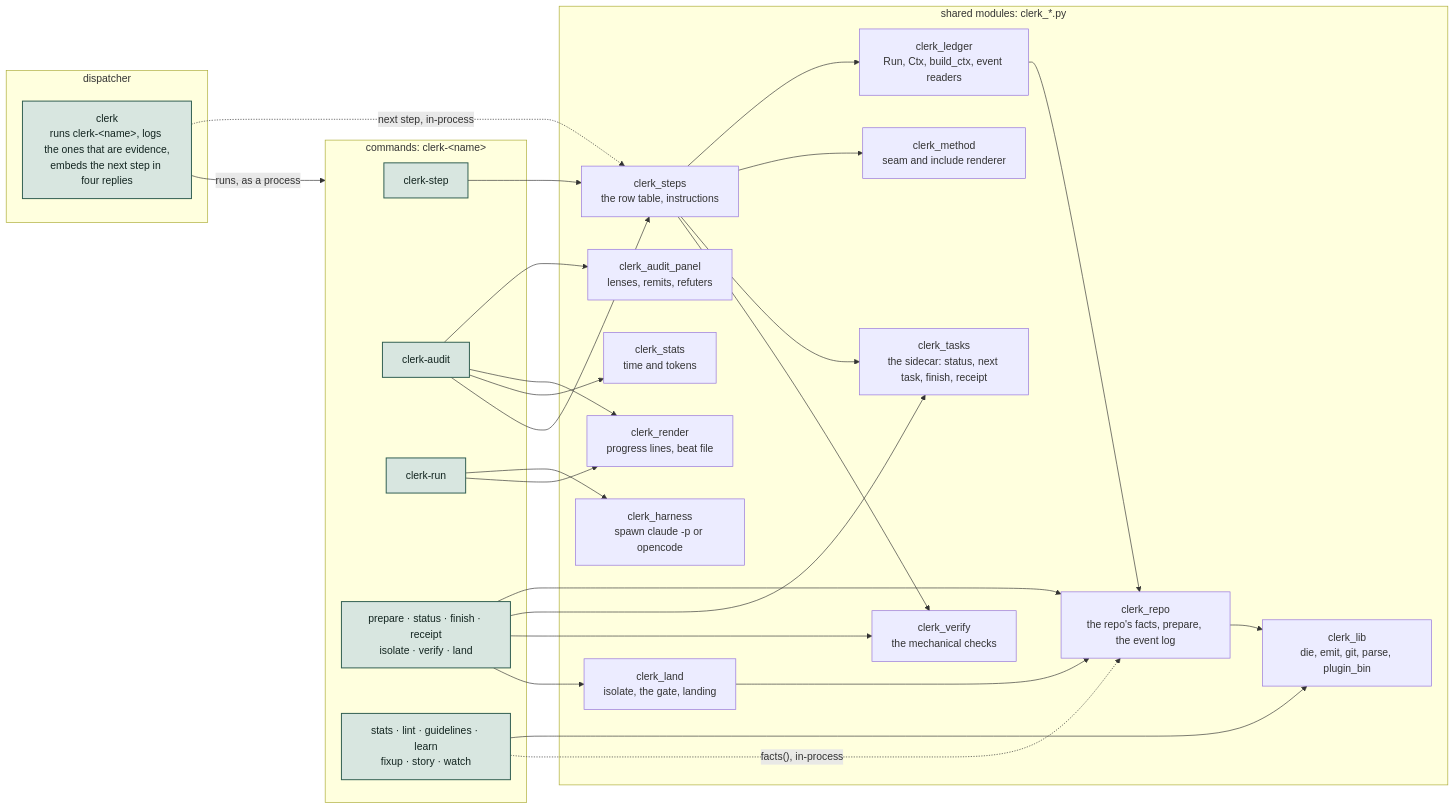
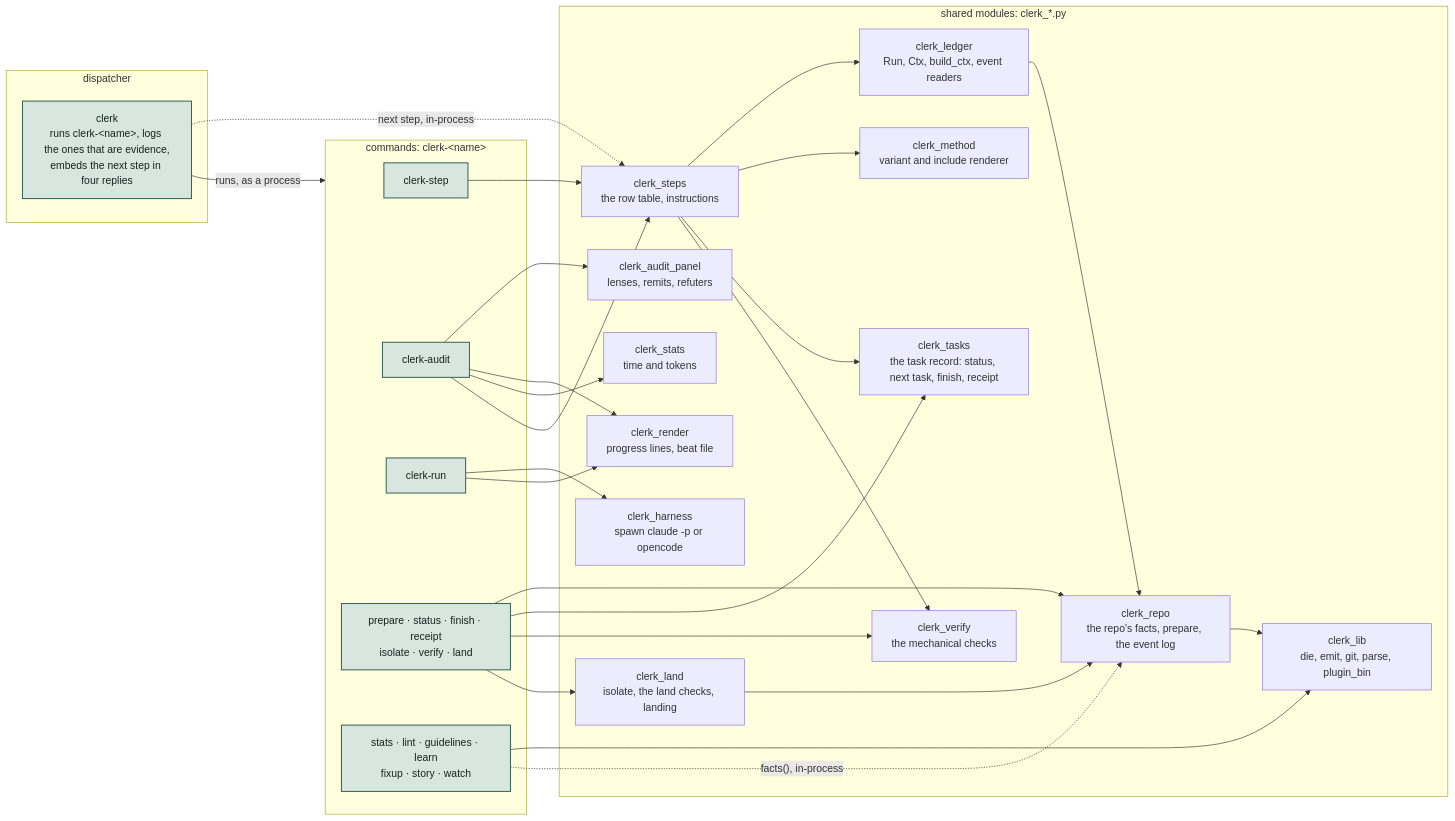
One commit to hpcsc/dotfiles changed the seventh of 10 diagrams in docs/clerk-structure.md. Above: the diagram before and after it, drawn with Mermaid. The commit also changed other lines of this file and 100 other files, not shown here.

````diff
--- a/docs/clerk-structure.md
+++ b/docs/clerk-structure.md
@@ -223,50 +223,50 @@
 ```mermaid
 flowchart LR
   subgraph D["dispatcher"]
     core["clerk<br/>runs clerk-&lt;name&gt;, logs the ones that are evidence,<br/>embeds the next step in four replies"]
   end
   subgraph P["commands: clerk-&lt;name&gt;"]
     step["clerk-step"]
     audit["clerk-audit"]
     runp["clerk-run"]
     mech["prepare · status · finish · receipt<br/>isolate · verify · land"]
     others["stats · lint · guidelines · learn<br/>fixup · story · watch"]
   end
   subgraph S["shared modules: clerk_*.py"]
     lib["clerk_lib<br/>die, emit, git, parse, plugin_bin"]
     repo["clerk_repo<br/>the repo's facts, prepare, the event log"]
-    tasks["clerk_tasks<br/>the sidecar: status, next task, finish, receipt"]
+    tasks["clerk_tasks<br/>the task record: status, next task, finish, receipt"]
     verify["clerk_verify<br/>the mechanical checks"]
-    landm["clerk_land<br/>isolate, the gate, landing"]
+    landm["clerk_land<br/>isolate, the land checks, landing"]
     ledger["clerk_ledger<br/>Run, Ctx, build_ctx, event readers"]
     steps["clerk_steps<br/>the row table, instructions"]
-    method["clerk_method<br/>seam and include renderer"]
+    method["clerk_method<br/>variant and include renderer"]
     panel["clerk_audit_panel<br/>lenses, remits, refuters"]
     harness["clerk_harness<br/>spawn claude -p or opencode"]
     render["clerk_render<br/>progress lines, beat file"]
     st["clerk_stats<br/>time and tokens"]
   end
   core -->|"runs, as a process"| P
   core -.->|"next step, in-process"| steps
   step --> steps --> ledger --> repo --> lib
   steps --> method
   steps --> tasks
   steps --> verify
   mech --> repo
   mech --> tasks
   mech --> verify
   mech --> landm --> repo
   audit --> panel
   audit --> render
   audit --> st
   audit --> steps
   runp --> harness
   runp --> render
   others --> lib
   others -.->|"facts(), in-process"| repo
   classDef clerk fill:#D8E6E0,stroke:#2F5D50,stroke-width:1.5px,color:#132520
   classDef you fill:#F2DFD3,stroke:#A8501E,stroke-width:1.5px,color:#3A1A08
   classDef plain fill:#EEF0EC,stroke:#5C645F,stroke-width:1px,color:#1B1F1D
   classDef file fill:#FFFFFF,stroke:#9AA39D,stroke-width:1px,color:#1B1F1D
   class core,step,audit,runp,mech,others clerk
 ```
````
